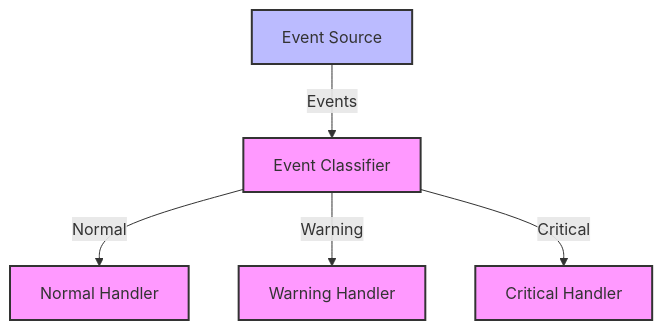
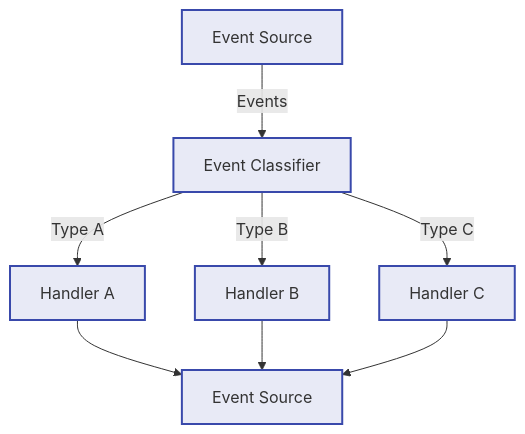
Before and after one commit to aitoroses/floxide: the fifth of 9 diagrams in README.md, drawn with Mermaid. The commit also changed other lines of this file, not shown here.

````diff
--- a/README.md
+++ b/README.md
@@ -120,12 +170,16 @@
 ```mermaid
 graph TD
     A["Event Source"] -->|Events| B["Event Classifier"]
-    B -->|Normal| C["Normal Handler"]
-    B -->|Warning| D["Warning Handler"]
-    B -->|Critical| E["Critical Handler"]
-    style A fill:#bbf,stroke:#333,stroke-width:2px
-    style B fill:#f9f,stroke:#333,stroke-width:2px
-    style C fill:#f9f,stroke:#333,stroke-width:2px
-    style D fill:#f9f,stroke:#333,stroke-width:2px
-    style E fill:#f9f,stroke:#333,stroke-width:2px
+    B -->|Type A| C["Handler A"]
+    B -->|Type B| D["Handler B"]
+    B -->|Type C| E["Handler C"]
+    C --> F["Event Source"]
+    D --> F
+    E --> F
+    style A fill:#e8eaf6,stroke:#3949ab,stroke-width:2px
+    style B fill:#e8eaf6,stroke:#3949ab,stroke-width:2px
+    style C fill:#e8eaf6,stroke:#3949ab,stroke-width:2px
+    style D fill:#e8eaf6,stroke:#3949ab,stroke-width:2px
+    style E fill:#e8eaf6,stroke:#3949ab,stroke-width:2px
+    style F fill:#e8eaf6,stroke:#3949ab,stroke-width:2px
 ```
````
